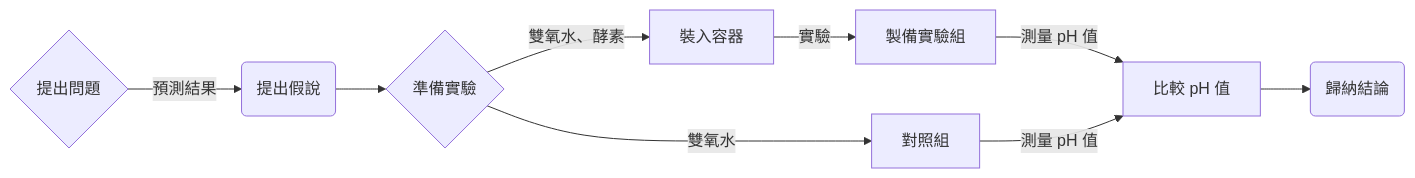
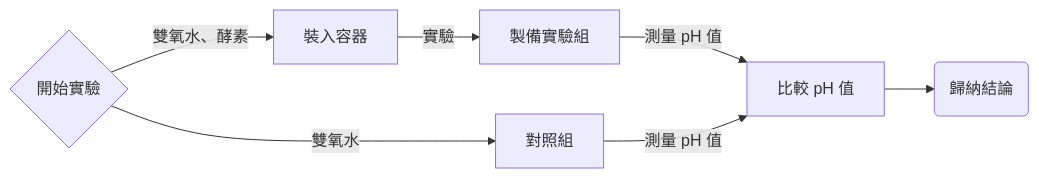
The diagram in chemistry/presentation.md (olivertzeng/homework), drawn with Mermaid before and after one commit. The commit also changed other lines of this file, not shown here.

````diff
--- a/chemistry/presentation.md
+++ b/chemistry/presentation.md
@@ -26,10 +25,8 @@
 ```mermaid
 flowchart LR
-    A{提出問題} -->|預測結果| B(提出假說)
-    B --> C{準備實驗}
-    C -->|雙氧水、酵素| D[裝入容器]
+    C{開始實驗} -->|雙氧水、酵素| D[裝入容器]
     C -->|雙氧水| F[對照組]
     D -->|實驗| H[製備實驗組]
     H & F -->|測量 pH 值| E[比較 pH 值]
     E --> G(歸納結論)
 ```
````
